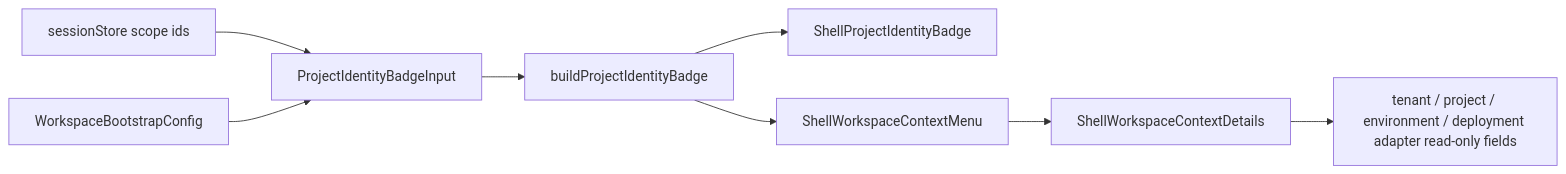
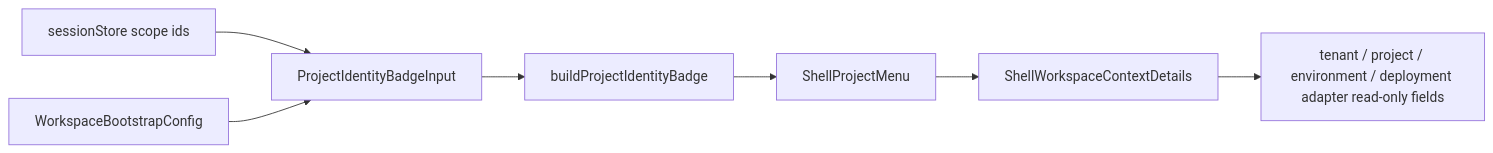
The second of 4 diagrams in docs/architecture/components/web/appshell/shell-workspace-context-component.md (dunay2/dvt), drawn with Mermaid before and after one commit. The commit also changed other lines of this file and 58 other files, not shown here.

````diff
--- a/docs/architecture/components/web/appshell/shell-workspace-context-component.md
+++ b/docs/architecture/components/web/appshell/shell-workspace-context-component.md
@@ -86,10 +84,9 @@
 ```mermaid
 flowchart LR
   Store["sessionStore scope ids"] --> Input["ProjectIdentityBadgeInput"]
   Bootstrap["WorkspaceBootstrapConfig"] --> Input
   Input --> Projection["buildProjectIdentityBadge"]
-  Projection --> Badge["ShellProjectIdentityBadge"]
-  Projection --> Menu["ShellWorkspaceContextMenu"]
+  Projection --> Menu["ShellProjectMenu"]
   Menu --> Details["ShellWorkspaceContextDetails"]
   Details --> Fields["tenant / project / environment / deployment adapter read-only fields"]
 ```
````
